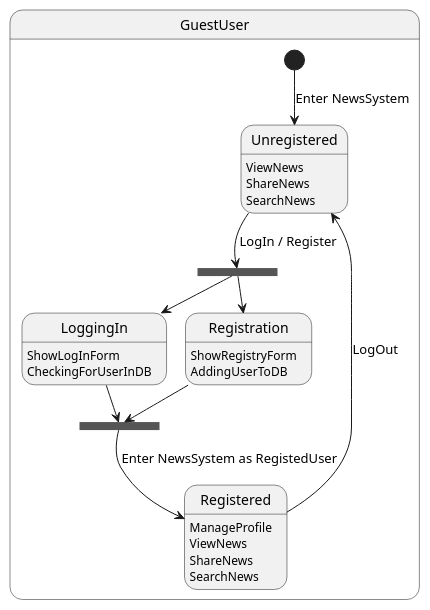
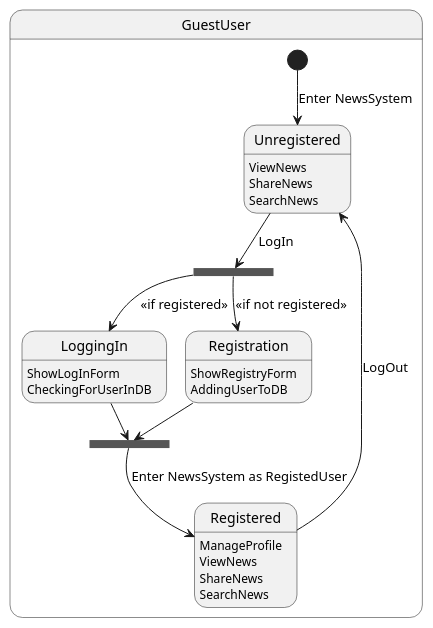
One commit to razan-mp4/SystemTheory_labs changed the diagram in lab_5/state_diagram.iuml. Above: the diagram before and after it, drawn with PlantUML.

```diff
--- a/lab_5/state_diagram.iuml
+++ b/lab_5/state_diagram.iuml
@@ -1,36 +1,36 @@
 @startuml
 
 state GuestUser {
     [*] --> Unregistered : Enter NewsSystem
 
     state fork_state <<fork>>
-    Unregistered --> fork_state : LogIn / Register
-    fork_state --> LoggingIn
-    fork_state --> Registration
+    Unregistered --> fork_state : LogIn
+    fork_state --> LoggingIn : <<if registered>>
+    fork_state --> Registration : <<if not registered>>
 
     state join_state <<join>>
     LoggingIn --> join_state
     Registration --> join_state
     join_state --> Registered : Enter NewsSystem as RegistedUser
 
     Registered --> Unregistered: LogOut
 
 }
 
 state Unregistered  : ViewNews
 state Unregistered  : ShareNews
 state Unregistered  : SearchNews
 
 
 state Registration : ShowRegistryForm
 state Registration : AddingUserToDB
 
 state LoggingIn : ShowLogInForm
 state LoggingIn : CheckingForUserInDB
 
 state Registered : ManageProfile
 state Registered : ViewNews
 state Registered : ShareNews
 state Registered : SearchNews
 
 @enduml
```
